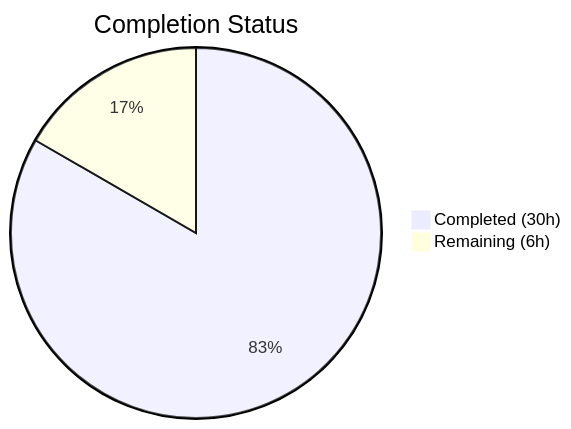
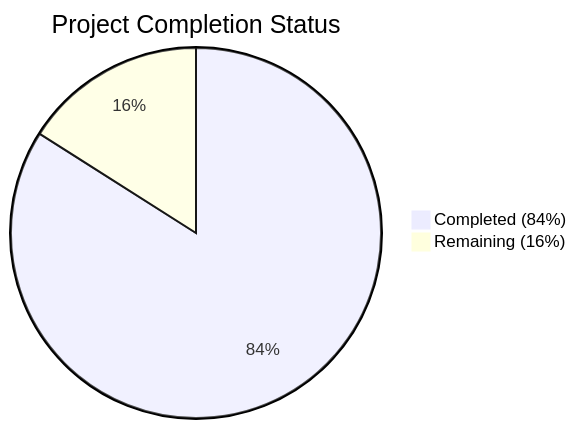
Before and after one commit to Blitzy-Sandbox/blitzy-cal: the first of 2 diagrams in blitzy/documentation/Project Guide.md, drawn with Mermaid. The commit also changed other lines of this file, not shown here.

Commit message:
Adding Blitzy Project Guide: Project Status and Human Tasks Remaining

````diff
--- a/blitzy/documentation/Project Guide.md
+++ b/blitzy/documentation/Project Guide.md
@@ -13,5 +11,5 @@
 ```mermaid
-pie title Completion Status
-    "Completed (30h)" : 30
-    "Remaining (6h)" : 6
+pie title Project Completion Status
+    "Completed (84%)" : 42
+    "Remaining (16%)" : 8
 ```
````
